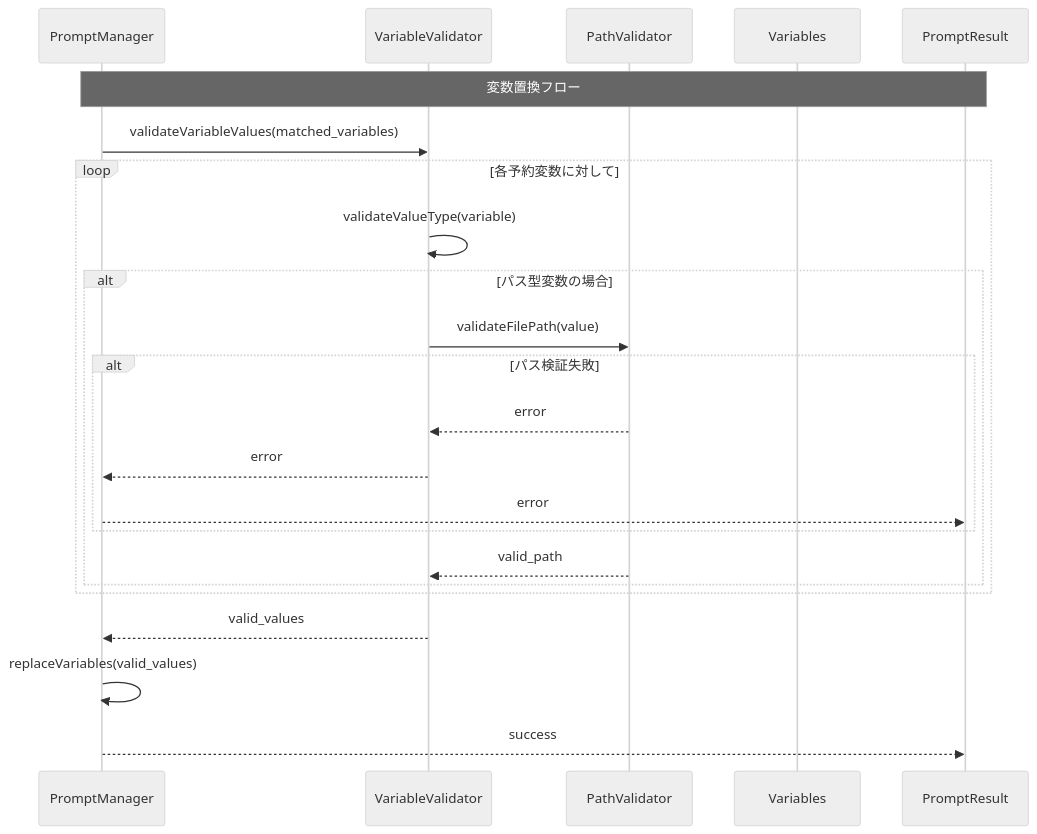
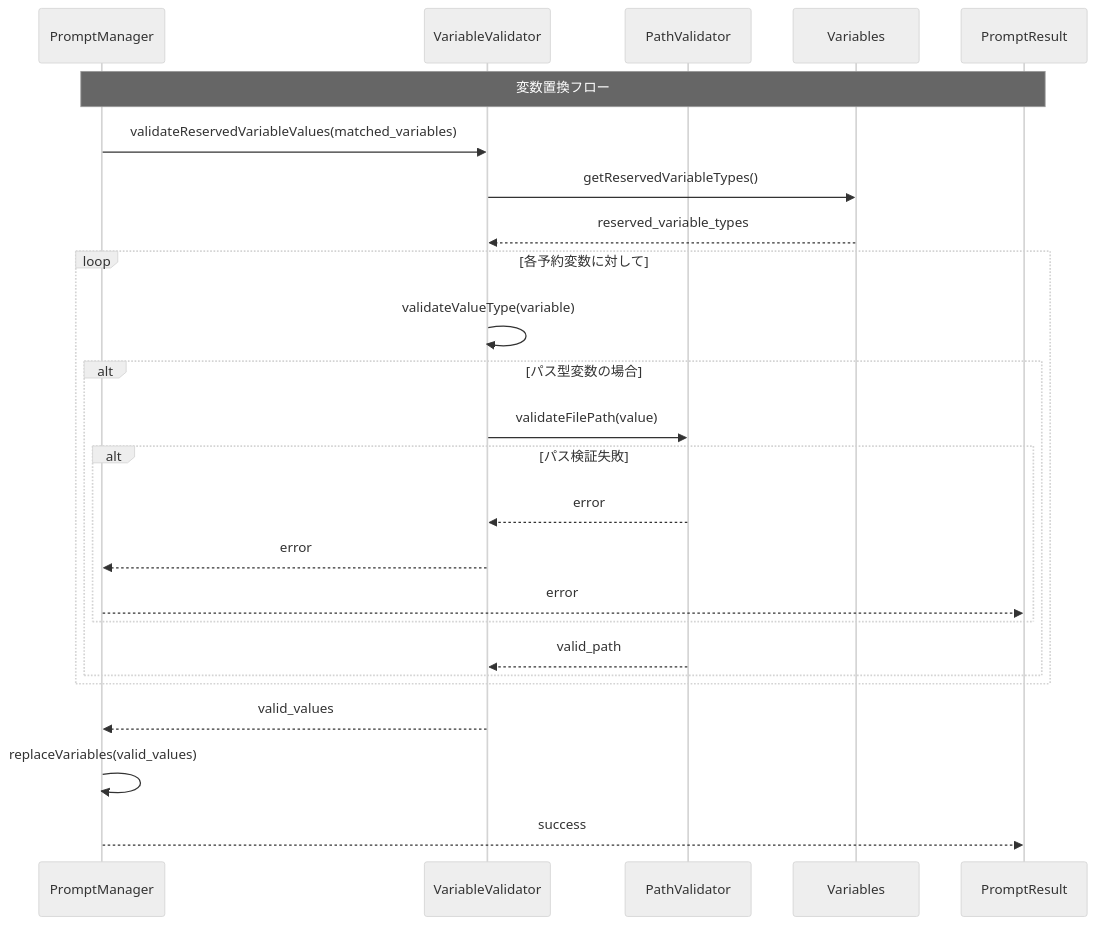
One commit to tettuan/breakdownprompt changed the diagram in docs/uml/sequence_variable_replacement.md. Above: the diagram before and after it, drawn with Mermaid (neutral theme). The commit also changed 9 other files, not shown here.

Commit message:
docs: update UML diagrams to show reserved variable class hierarchy and common processing flow

````diff
--- a/docs/uml/sequence_variable_replacement.md
+++ b/docs/uml/sequence_variable_replacement.md
@@ -5,27 +5,29 @@
 ```mermaid
 sequenceDiagram
     participant PromptManager
     participant VariableValidator
     participant PathValidator
     participant Variables
     participant PromptResult
 
     Note over PromptManager,PromptResult: 変数置換フロー
-    PromptManager->>VariableValidator: validateVariableValues(matched_variables)
+    PromptManager->>VariableValidator: validateReservedVariableValues(matched_variables)
+    VariableValidator->>Variables: getReservedVariableTypes()
+    Variables-->>VariableValidator: reserved_variable_types
     loop 各予約変数に対して
         VariableValidator->>VariableValidator: validateValueType(variable)
         alt パス型変数の場合
             VariableValidator->>PathValidator: validateFilePath(value)
             alt パス検証失敗
                 PathValidator-->>VariableValidator: error
                 VariableValidator-->>PromptManager: error
                 PromptManager-->>PromptResult: error
             end
             PathValidator-->>VariableValidator: valid_path
         end
     end
     VariableValidator-->>PromptManager: valid_values
 
     PromptManager->>PromptManager: replaceVariables(valid_values)
     PromptManager-->>PromptResult: success
 ```
````
